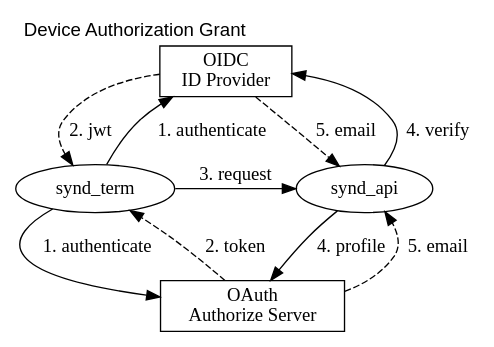
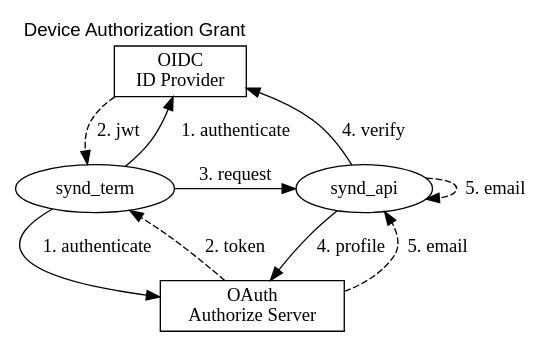
Before and after one commit to ymgyt/syndicationd: the diagram in etc/dot/authentication.dot, drawn with Graphviz. The commit also changed 1 other file, not shown here.

```diff
--- a/etc/dot/authentication.dot
+++ b/etc/dot/authentication.dot
@@ -1,35 +1,35 @@
 digraph {
     graph [
         layout=dot,
         rankdir=TB,
         label="Device Authorization Grant",
         labelloc="top", // t(top) | b(bottom)
         labeljust="left", // l(left) | c(center) | r(right)
         fontname="Helvetica,Arial,sans-serif"
         compound=true; 
         newrank=true
     ];
 
     synd_term        [ label="synd_term" shape="ellipse" ]
     synd_api         [ label="synd_api" shape="ellipse" ]
     id_provider      [ label="OIDC\nID Provider", shape="box" ]
     authorize_server [ label="OAuth\nAuthorize Server" shape="box" ]
 
     synd_term -> id_provider [ label="1. authenticate" ]
     id_provider -> synd_term [ label="2. jwt", style="dashed" ]
     synd_term -> authorize_server [ label="1. authenticate" ]
     authorize_server -> synd_term [ label="2. token" style="dashed" ]
 
     synd_term -> synd_api [ label="3. request" ]
 
     synd_api -> id_provider [ label="4. verify" ]
-    id_provider -> synd_api [ label="5. email" style="dashed" ]
+    synd_api -> synd_api [ label="5. email" style="dashed" ]
     synd_api -> authorize_server [ label="4. profile" ]
     authorize_server -> synd_api [ label="5. email" style="dashed" ]
 
     { rank=min; id_provider; }
     { rank=same; synd_term; synd_api; }
     { rank=max; authorize_server; }
 
 
 }
```
